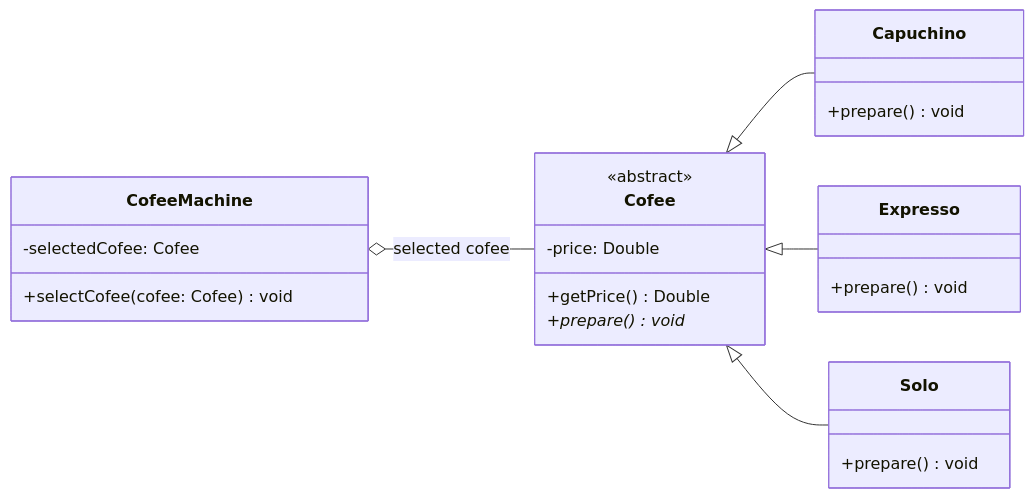
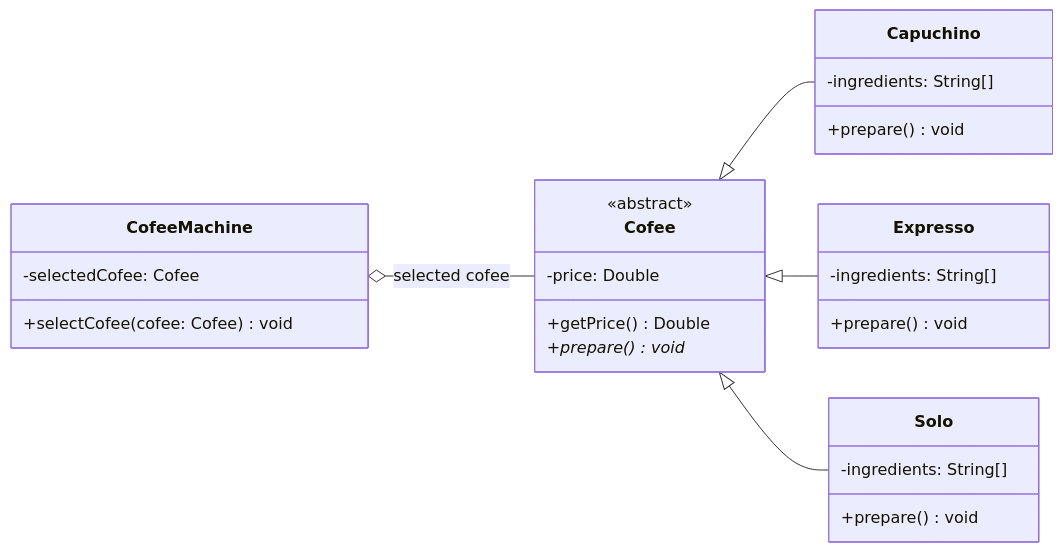
One commit to anxovaz/Kotlin_intro changed the third of 3 diagrams in src/main/kotlin/MaquinaCafe/States.md. Above: the diagram before and after it, drawn with Mermaid.

Commit message:
Add property ingredients

````diff
--- a/src/main/kotlin/MaquinaCafe/States.md
+++ b/src/main/kotlin/MaquinaCafe/States.md
@@ -91,30 +91,33 @@
 ```mermaid
 classDiagram
     direction LR
 
     class CofeeMachine {
         -selectedCofee: Cofee
         +selectCofee(cofee: Cofee) void
     }
 
     class Cofee {
         <<abstract>>
         -price: Double
         +getPrice() Double
         +prepare() void*
     }
     class Capuchino {
+        -ingredients: String[]
         +prepare() void
     }
     class Expresso {
+        -ingredients: String[]
         +prepare() void
     }
     class Solo {
+        -ingredients: String[]
         +prepare() void
     }
 
     CofeeMachine o-- Cofee : selected cofee
     Cofee <|-- Capuchino
     Cofee <|-- Expresso
     Cofee <|-- Solo
 ```
````
